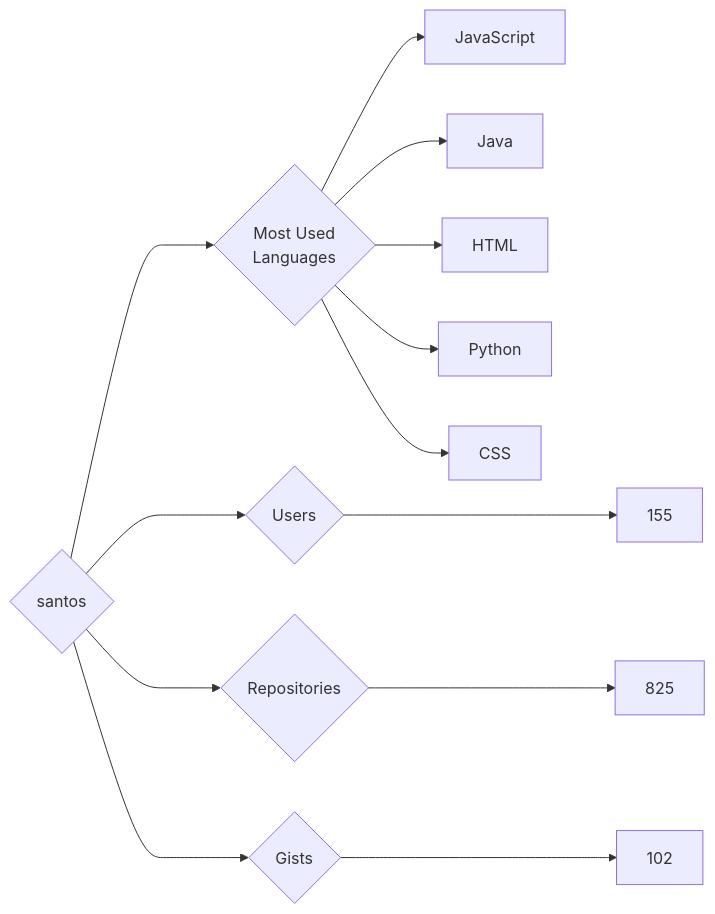
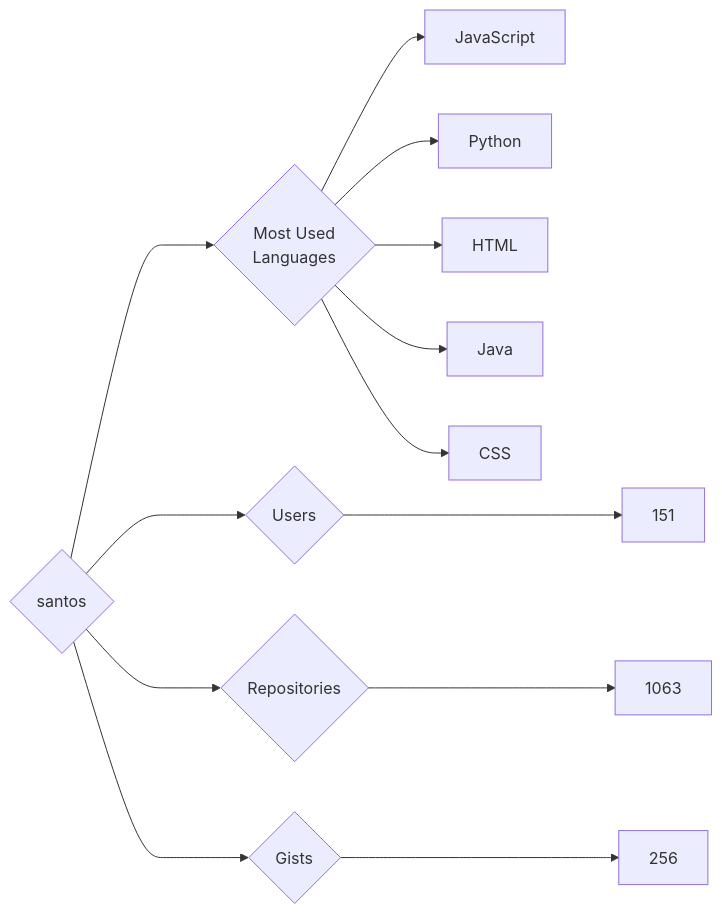
Before and after one commit to trickest/insiders: the diagram in targets/santos/README.md, drawn with Mermaid. The commit also changed 750 other files, not shown here.

````diff
--- a/targets/santos/README.md
+++ b/targets/santos/README.md
@@ -3,13 +3,13 @@
 ```mermaid
 graph LR
 COMPANY_NAME{santos}
-COMPANY_NAME ---> U{Users} ---> UN[155]
-COMPANY_NAME ---> R{Repositories} ---> RN[825]
-COMPANY_NAME ---> G{Gists} ---> GN[102]
+COMPANY_NAME ---> U{Users} ---> UN[151]
+COMPANY_NAME ---> R{Repositories} ---> RN[1063]
+COMPANY_NAME ---> G{Gists} ---> GN[256]
 COMPANY_NAME ---> ML{Most Used<br>Languages}
 ML --> JavaScript[JavaScript]
+ML --> Python[Python]
+ML --> HTML[HTML]
 ML --> Java[Java]
-ML --> HTML[HTML]
-ML --> Python[Python]
 ML --> CSS[CSS]
 ```
````
